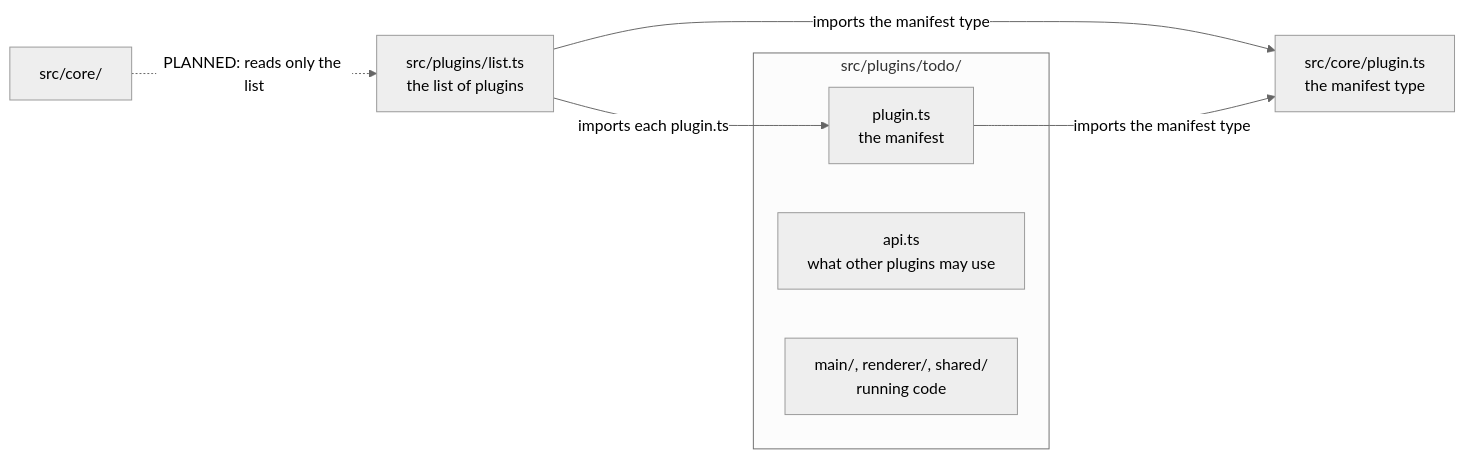
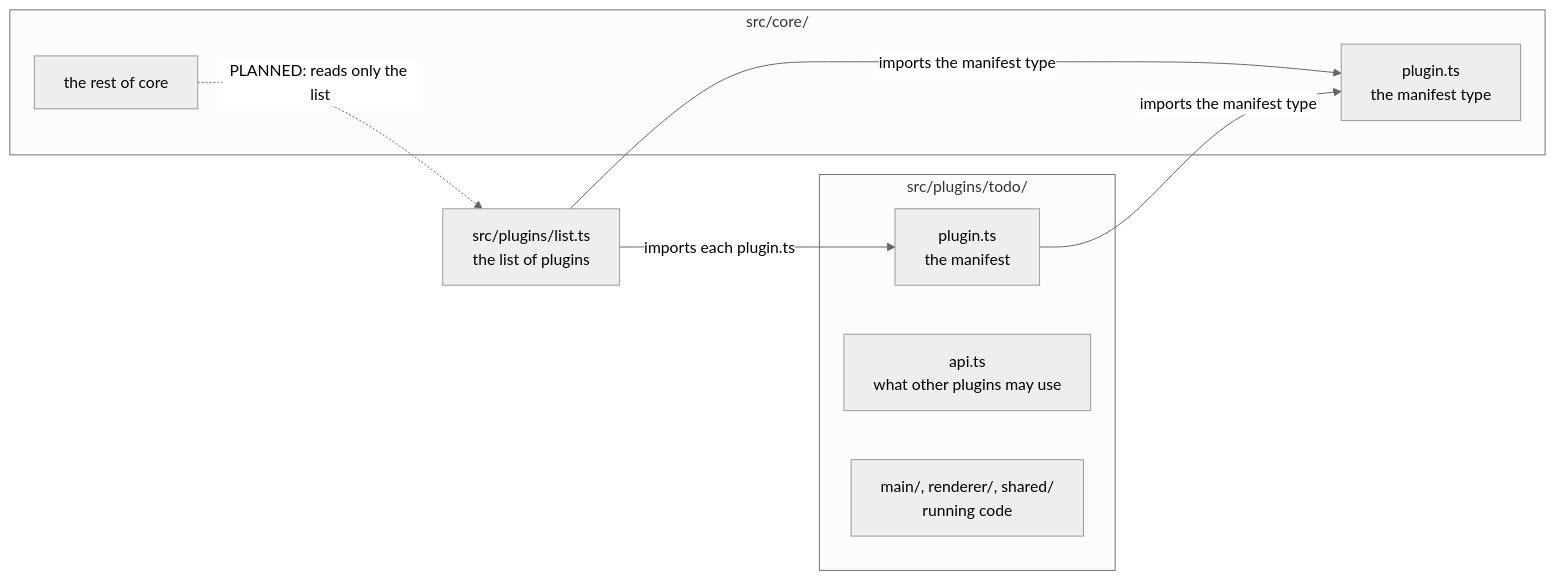
One commit to superkoh/koloft changed the diagram in docs/plugin-format.md. Above: the diagram before and after it, drawn with Mermaid (neutral theme). The commit also changed other lines of this file, not shown here.

Commit message:
docs(plugins): match the planned off state to #1964, say what src/shared and tests may do, tighten the version rule

````diff
--- a/docs/plugin-format.md
+++ b/docs/plugin-format.md
@@ -85,12 +88,16 @@
 ```mermaid
 flowchart LR
+  subgraph core["src/core/"]
+    coreType["plugin.ts<br/>the manifest type"]
+    coreRest["the rest of core"]
+  end
   list["src/plugins/list.ts<br/>the list of plugins"] -->|imports each plugin.ts| manifest
-  list -->|imports the manifest type| coreType["src/core/plugin.ts<br/>the manifest type"]
+  list -->|imports the manifest type| coreType
   manifest -->|imports the manifest type| coreType
   subgraph plugin["src/plugins/todo/"]
     manifest["plugin.ts<br/>the manifest"]
     api["api.ts<br/>what other plugins may use"]
     code["main/, renderer/, shared/<br/>running code"]
   end
-  core["src/core/"] -.->|PLANNED: reads only the list| list
+  coreRest -.->|PLANNED: reads only the list| list
 ```
````
